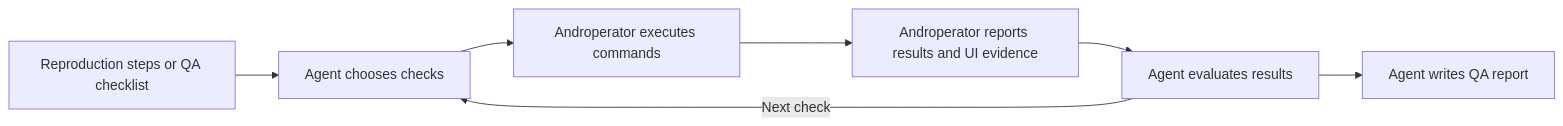
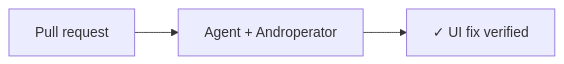
One commit to androperator/androperator changed the second of 3 diagrams in README.md. Above: the diagram before and after it, drawn with Mermaid. The commit also changed other lines of this file, not shown here.

Commit message:
docs(site): simplify QA verification diagram and copy

````diff
--- a/README.md
+++ b/README.md
@@ -80,11 +79,7 @@
 ```mermaid
 flowchart LR
-    accTitle: From a fix to a QA report
-    accDescr: The agent chooses checks from reproduction steps or a QA checklist. Androperator executes its commands and returns evidence. The agent evaluates the results and writes a report.
-    A[Reproduction steps or QA checklist] --> B[Agent chooses checks]
-    B --> C[Androperator executes commands]
-    C --> D[Androperator reports results and UI evidence]
-    D --> E[Agent evaluates results]
-    E -->|Next check| B
-    E --> F[Agent writes QA report]
+    accTitle: Check the fix before review
+    accDescr: A pull request is checked by your agent using Androperator. When the observed UI matches the expected result, the agent reports the fix as verified.
+    A[Pull request] --> B[Agent + Androperator]
+    B --> C["✓ UI fix verified"]
 ```
````
